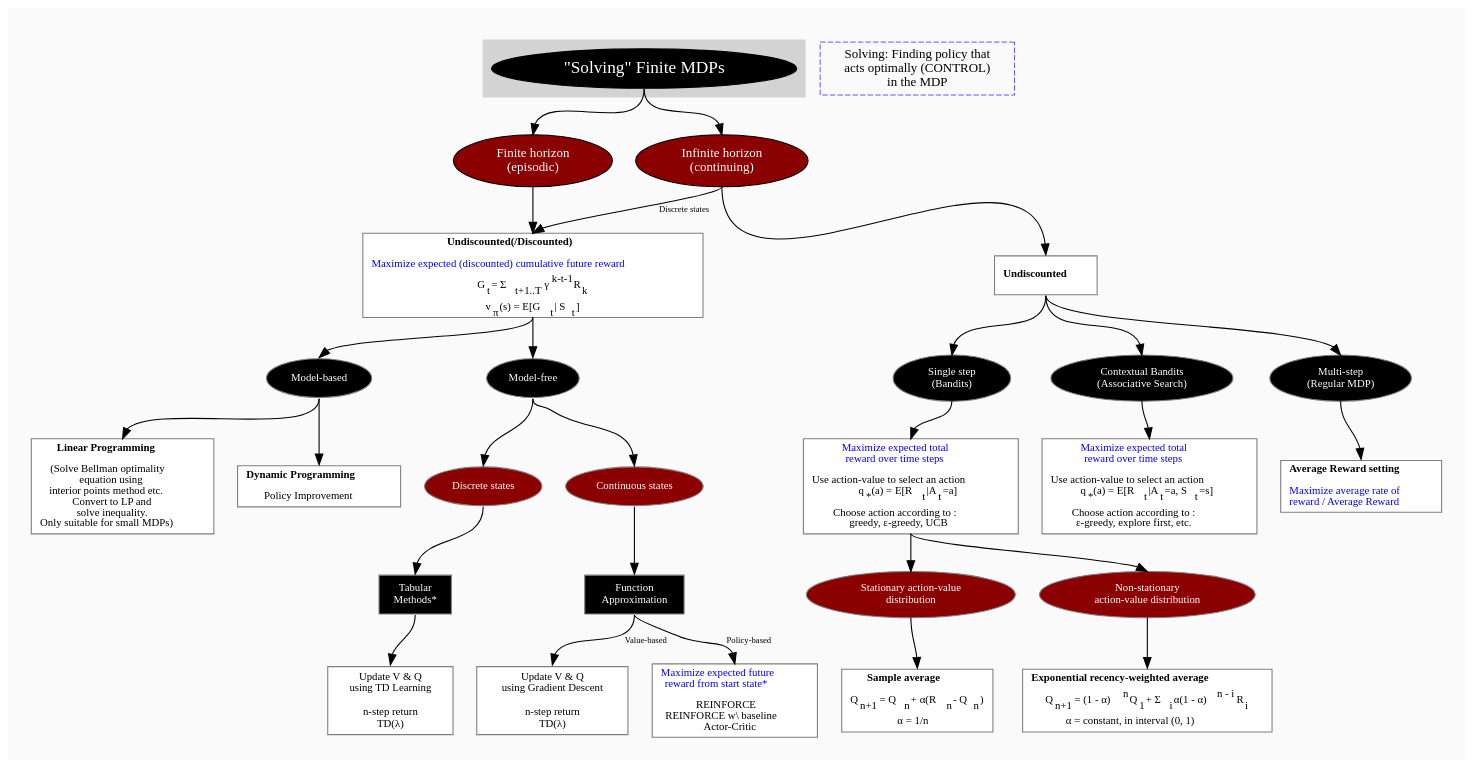
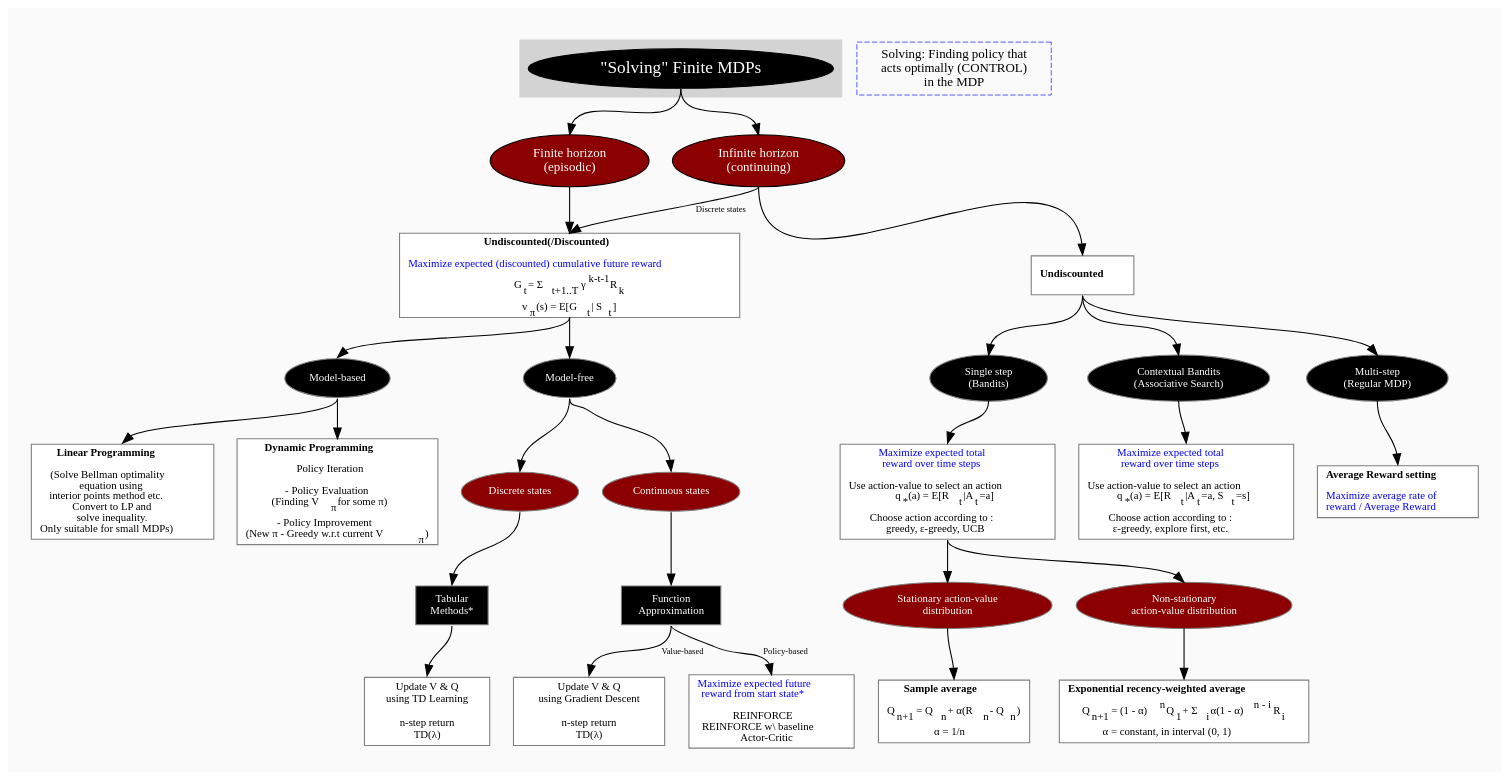
The diagram in solving_mdps_with_model_free_rl/solving_mdps_with_model_free_rl.dot (amy12xx/ml_notes_and_reports), drawn with Graphviz before and after one commit. The commit also changed 1 other file, not shown here.

```diff
--- a/solving_mdps_with_model_free_rl/solving_mdps_with_model_free_rl.dot
+++ b/solving_mdps_with_model_free_rl/solving_mdps_with_model_free_rl.dot
@@ -1,196 +1,200 @@
 digraph G {
 splines=true
 bgcolor=grey98
 pad=0.3
 style=filled
 edge[minlen=2]
 edge[headport=n, tailport=s, label=""]
 node[style=filled, fontcolor=white]
 ranksep=0.1
 nodesep=0.3
 
 
 // LEVEL 1
 subgraph cluster_0 {
 style=filled
 color=lightgrey
 fontsize=12
 node[fillcolor=black, fontcolor=white, fontsize=16]
 a1[label="\"Solving\" Finite MDPs"]
 //label = "Solving \: finding policy that acts optimally\n in the MDP";
 //labelloc = "b";
 }
 
 
 // LEVEL 2
 node[fillcolor=red4, fontsize=12]
 b1[label="Finite horizon \n(episodic)"]
 node[fillcolor=red4, fontsize=12]
 b2[label="Infinite horizon \n(continuing)"]
 a1-> b1
 a1-> b2
 
 
 // LEVEL 3
 node[fontcolor=black, fontsize=10]
 node[shape=box, fillcolor=white, color=grey50]
 c1[label=<<b>Undiscounted(/Discounted)</b> <br/><br/>
 <font color="blue">Maximize expected (discounted) cumulative future reward</font>
 <br/><br/>
 G<sub>t</sub> = &Sigma;<sub>t+1..T</sub>&gamma;<sup>k-t-1</sup>R<sub>k</sub>
 <br/><br/>
 v<sub>&pi;</sub>(s) = E[G<sub>t</sub> | S<sub>t</sub>]
 >]
 node[shape=box, fillcolor=white, color=grey50]
 c3[label=<<b>Undiscounted</b>>]
 edge[headport=n, tailport=s, label="", style=filled]
 b1-> c1
 edge[label="Discrete states", fontsize=8]
 b2-> c1
 edge[label="", fontsize=8]
 b2-> c3
 
 
 node[fillcolor=black, fontsize=10, shape=ellipse, fontcolor=white]
 k1[label="Model-based"]
 node[fillcolor=black, fontsize=10, shape=ellipse, fontcolor=white]
 k2[label="Model-free"]
 c1-> k1
 c1-> k2
 
 // LEVEL 4
 node[style="filled", shape=ellipse, fillcolor=red4, fontcolor=white, fontsize=10]
 d1[label="Discrete states"]
 node[style="filled", shape=ellipse, fillcolor=red4, fontcolor=white, fontsize=10]
 d2[label="Continuous states"]
 k2-> d1
 k2-> d2
 
 node[fontcolor=black, fontsize=10]
 node[shape=box, fillcolor=white, color=grey50]
 l1[label=<<b>Linear Programming</b> <br/><br/>
 (Solve Bellman optimality <br/>equation using <br/>interior points method etc.<br/>Convert to LP and<br/> solve inequality.
 <br/>Only suitable for small MDPs)
 >]
 k1-> l1
 node[fontcolor=black, fontsize=10]
 node[shape=box, fillcolor=white, color=grey50]
 l2[label=<<b>Dynamic Programming</b> <br/><br/>
-Policy Improvement
+Policy Iteration
+<br/><br/>
+- Policy Evaluation <br/>(Finding V<sub>&pi;</sub> for some &pi;)
+<br/><br/>
+- Policy Improvement <br/>(New &pi; - Greedy w.r.t current V<sub>&pi;</sub>)
 >]
 k1-> l2
 
 
 // LEVEL 5
 node[fillcolor=black, fontcolor=white, fontsize=10]
 e1[label="Tabular \nMethods\*"]
 d1-> e1
 
 node[fillcolor=black, fontcolor=white, fontsize=10]
 e2[label="Function \nApproximation"]
 d2-> e2
 
 
 // LEVEL 6
 node[fillcolor=white, fontcolor=black, shape=box, fontsize=10]
 f1[label="Update V & Q \nusing TD Learning \n \nn\-step return \nTD\(&lambda;\)"]
 e1-> f1
 
 node[fillcolor=white, fontcolor=black, shape=box, fontsize=10]
 f2[label="Update V & Q \nusing Gradient Descent \n \nn\-step return \nTD\(&lambda;\)"]
 edge[label="Value-based", fontsize=8]
 e2-> f2
 
 node[fillcolor=white, fontcolor=black, shape=box, fontsize=10]
 f3[label=<
 <font color="blue">Maximize expected future <br/>
 reward from start state* </font> <br/><br/> REINFORCE <br/>REINFORCE w\ baseline <br/>Actor-Critic
 >]
 edge[label="Policy-based", fontsize=8]
 e2-> f3
 
 
 node[fillcolor=black, shape=ellipse, fontcolor=white, fontsize=10]
 g1[label="Single step \n \(Bandits\)"]
 edge[label="", minlen=2]
 c3-> g1
 
 node[fillcolor=black, shape=ellipse, fontcolor=white, fontsize=10]
 g2[label="Contextual Bandits \n(Associative Search)"]
 edge[label="", minlen=2]
 c3-> g2
 
 node[fillcolor=black, shape=ellipse, fontcolor=white, fontsize=10]
 g3[label="Multi\-step \n\(Regular MDP\)"]
 edge[label="", minlen=2]
 c3-> g3
 
 
 node[fillcolor=white, fontcolor=black, shape=box, fontsize=10]
 h1[label=<<font color="blue">Maximize expected total <BR/>
 reward over time steps </font><BR/><BR/>
 Use action-value to select an action <BR/>
 q<sub>*</sub>(a) = E[R<sub>t</sub>|A<sub>t</sub>=a]
 <br/><br/>
 Choose action according to :<br/>
 greedy, &epsilon;-greedy, UCB
 >]
 edge[headport=n, tailport=s, label="", fontsize=8]
 g1-> h1
 
 node[fillcolor=white, fontcolor=black, shape=box, fontsize=10]
 h2[label=<<font color="blue">Maximize expected total <BR/>
 reward over time steps </font><BR/><BR/>
 Use action-value to select an action <BR/>
 q<sub>*</sub>(a) = E[R<sub>t</sub>|A<sub>t</sub>=a, S<sub>t</sub>=s]
 <br/><br/>
 Choose action according to :<br/>
 &epsilon;-greedy, explore first, etc.
 >]
 edge[headport=n, tailport=s, label="", fontsize=8]
 g2-> h2
 
 node[style="filled", shape=ellipse, fillcolor=red4, fontcolor=white, fontsize=10]
 i1[label="Stationary action-value \ndistribution"]
 node[style="filled", shape=ellipse, fillcolor=red4, fontcolor=white, fontsize=10]
 i2[label="Non-stationary \naction-value distribution"]
 h1-> i1
 h1-> i2
 
 node[fillcolor=white, fontcolor=black, shape=box, fontsize=10]
 j1[label=<
 <B>Sample average</B> <BR/><BR/>
 Q<sub>n+1</sub> = Q<sub>n</sub> + &alpha;(R<sub>n</sub> - Q<sub>n</sub>)
 <BR/><BR/>
 &alpha; = 1/n
 >]
 edge[label="", fontsize=8]
 i1-> j1
 
 node[fillcolor=white, fontcolor=black, shape=box, fontsize=10]
 j2[label=<
 <B>Exponential recency-weighted average</B><BR/><BR/>
 Q<sub>n+1</sub> = (1 - &alpha;)<sup>n</sup>Q<sub>1</sub> + &Sigma;<sub>i</sub> &alpha;(1 - &alpha;)<sup>n - i</sup>R<sub>i</sub>
 <BR/><BR/>
 &alpha; = constant, in interval (0, 1)
 >]
 edge[label="", fontsize=8]
 i2-> j2
 
 node[fillcolor=white, fontcolor=black, shape=box, fontsize=10]
 h3[label=<
 <b>Average Reward setting</b>
 <br/><br/>
 <font color="blue">Maximize average rate of <br/> reward / Average Reward</font>
 >]
 edge[label="", fontsize=8]
 g3-> h3
 
 // REMARQUES EN BLEU
 node[color=blue, shape=box, margin=0.07, fontcolor=black, fontsize=12, style="dashed", penwidth=0.6]
 //edge[color=blue, arrowhead="none", xlabel="", style="dashed", penwidth=0.6]
  r1[label="Solving: Finding policy that \n acts optimally (CONTROL) \nin the MDP\n"]
 // {rank=same;->r1}
 // {rank=same;r1->[dir=back]}
 
 }
```
